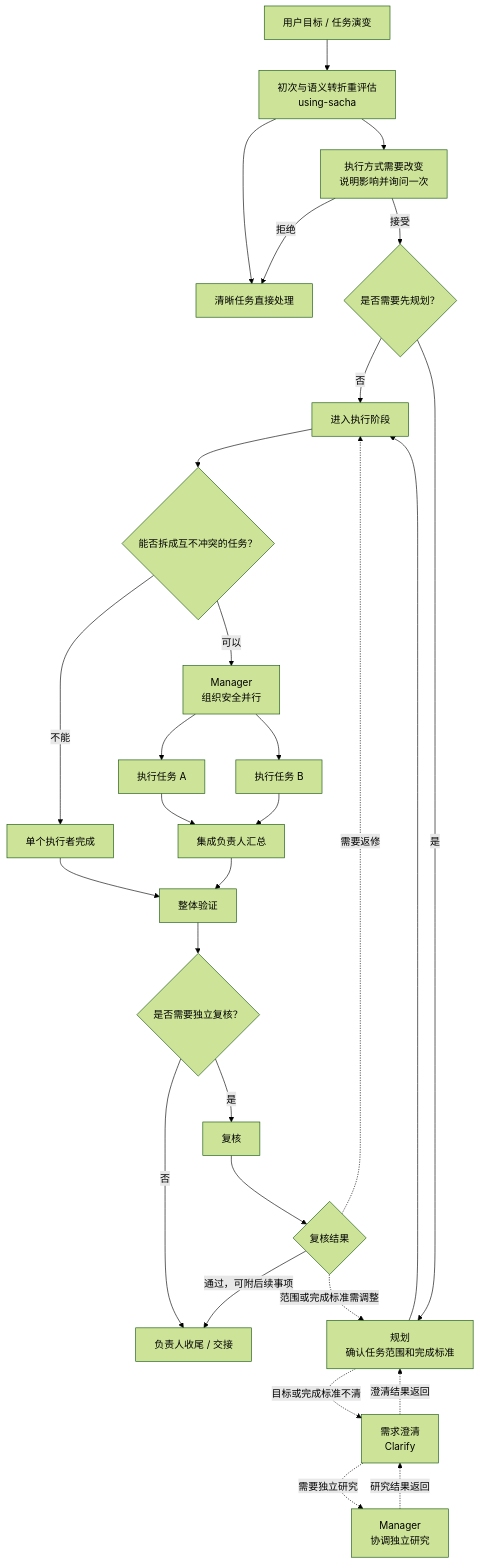
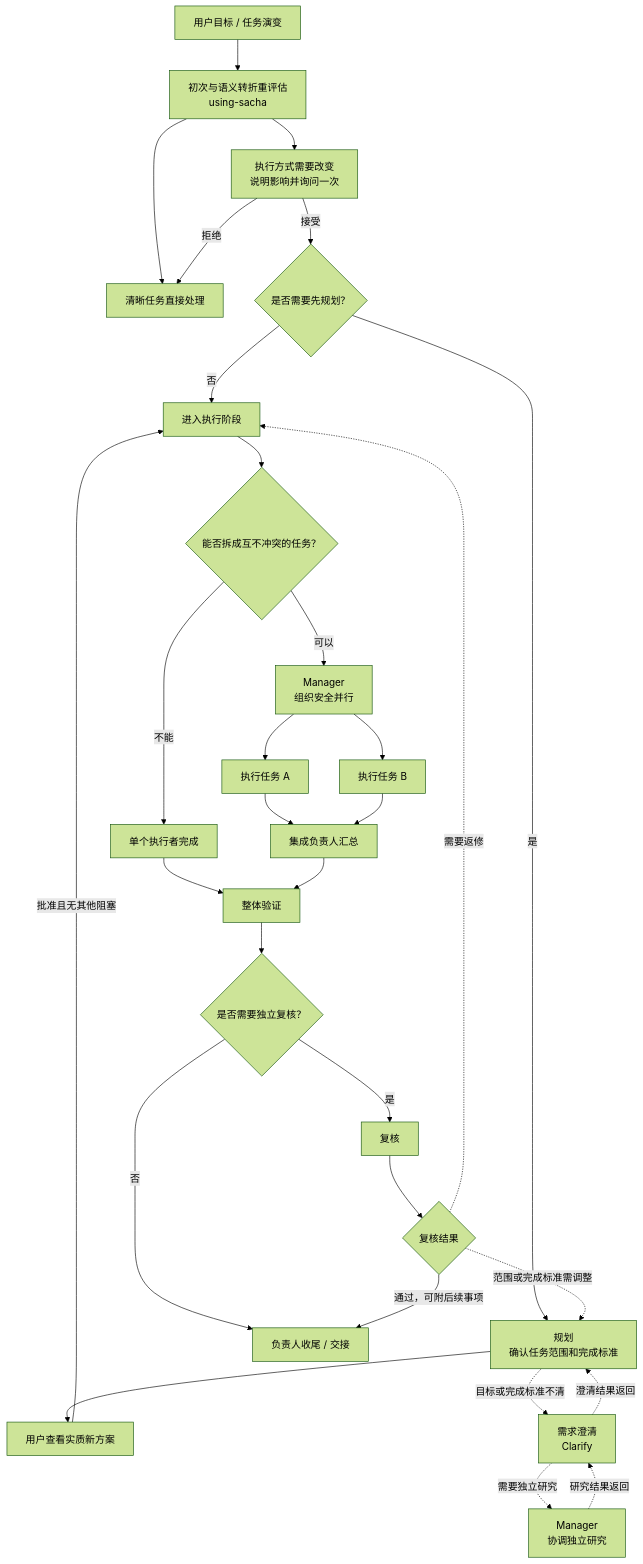
One commit to yyqrc/SachaOrchestra changed the first of 2 diagrams in plugins/sacha-orchestra/README.md. Above: the diagram before and after it, drawn with Mermaid (forest theme). The commit also changed other lines of this file and 36 other files, not shown here.

````diff
--- a/plugins/sacha-orchestra/README.md
+++ b/plugins/sacha-orchestra/README.md
@@ -9,8 +9,8 @@
 ```mermaid
 flowchart TD
     U["用户目标 / 任务演变"] --> S["初次与语义转折重评估<br/>using-sacha"]; S --> L["清晰任务直接处理"]; S --> Q["执行方式需要改变<br/>说明影响并询问一次"]; Q -->|"拒绝"| L; Q -->|"接受"| PG{"是否需要先规划？"}
-    PG -->|"否"| E["进入执行阶段"]; PG -->|"是"| P["规划<br/>确认任务范围和完成标准"]; P --> E; E --> EQ{"能否拆成互不冲突的任务？"}; EQ -->|"不能"| SE["单个执行者完成"]; EQ -->|"可以"| M["Manager<br/>组织安全并行"]
+    PG -->|"否"| E["进入执行阶段"]; PG -->|"是"| P["规划<br/>确认任务范围和完成标准"]; P --> H["用户查看实质新方案"]; H -->|"批准且无其他阻塞"| E; E --> EQ{"能否拆成互不冲突的任务？"}; EQ -->|"不能"| SE["单个执行者完成"]; EQ -->|"可以"| M["Manager<br/>组织安全并行"]
     M --> A["执行任务 A"]; M --> B["执行任务 B"]; A --> I["集成负责人汇总"]; B --> I; SE --> IV["整体验证"]; I --> IV; IV --> RG{"是否需要独立复核？"}; RG -->|"否"| C["负责人收尾 / 交接"]; RG -->|"是"| R["复核"]
     R --> V{"复核结果"}; V -->|"通过，可附后续事项"| C; V -.->|"需要返修"| E; V -.->|"范围或完成标准需调整"| P
     P -.->|"目标或完成标准不清"| CL["需求澄清<br/>Clarify"]; CL -.->|"澄清结果返回"| P; CL -.->|"需要独立研究"| RM["Manager<br/>协调独立研究"]; RM -.->|"研究结果返回"| CL
 ```
````
